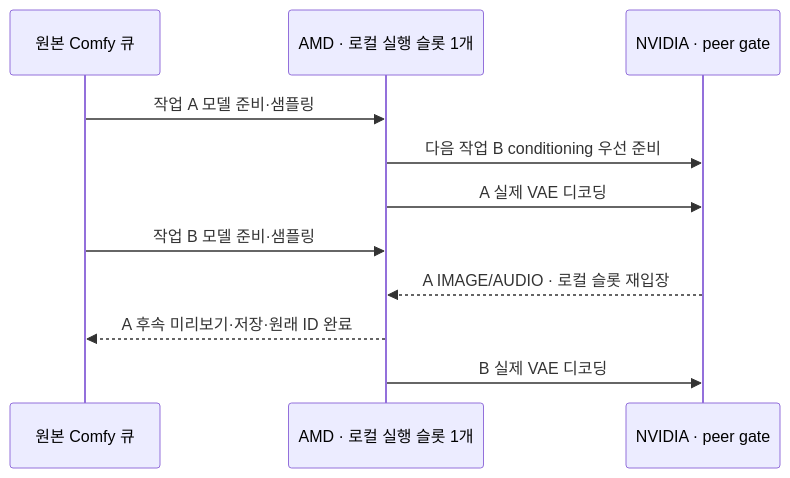
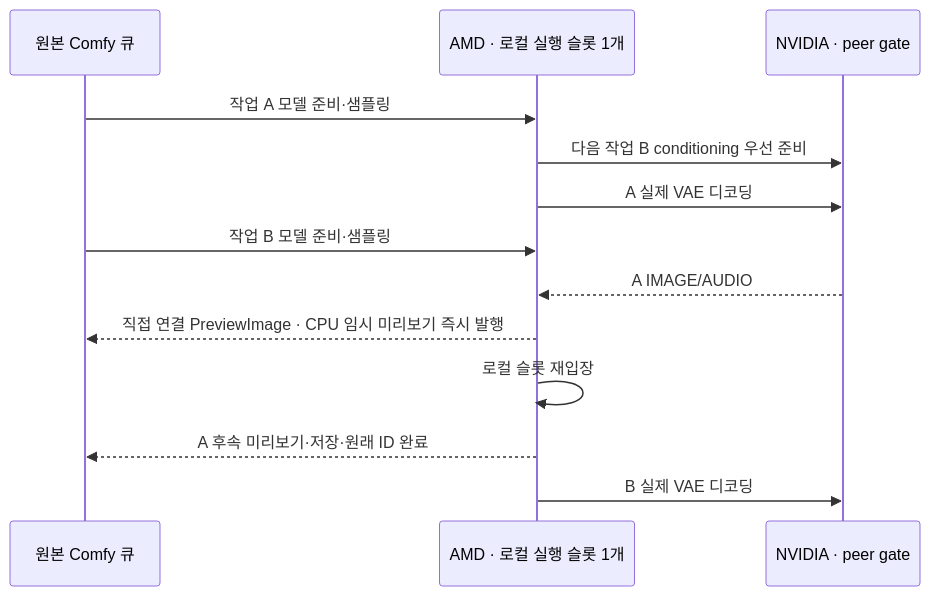
One commit to pollux-o4/RemoteWorker changed the diagram in docs/architecture/08-pipeline.md. Above: the diagram before and after it, drawn with Mermaid. The commit also changed other lines of this file and 9 other files, not shown here.

````diff
--- a/docs/architecture/08-pipeline.md
+++ b/docs/architecture/08-pipeline.md
@@ -5,13 +5,15 @@
 ```mermaid
 sequenceDiagram
     participant Q as 원본 Comfy 큐
     participant A as AMD · 로컬 실행 슬롯 1개
     participant N as NVIDIA · peer gate
     Q->>A: 작업 A 모델 준비·샘플링
     A->>N: 다음 작업 B conditioning 우선 준비
     A->>N: A 실제 VAE 디코딩
     Q->>A: 작업 B 모델 준비·샘플링
-    N-->>A: A IMAGE/AUDIO · 로컬 슬롯 재입장
+    N-->>A: A IMAGE/AUDIO
+    A-->>Q: 직접 연결 PreviewImage · CPU 임시 미리보기 즉시 발행
+    A->>A: 로컬 슬롯 재입장
     A-->>Q: A 후속 미리보기·저장·원래 ID 완료
     A->>N: B 실제 VAE 디코딩
 ```
````
